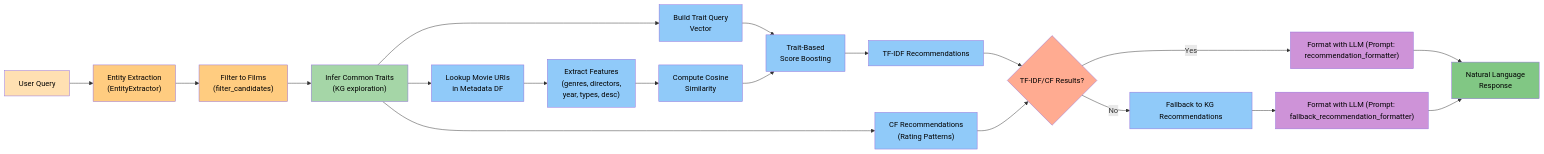
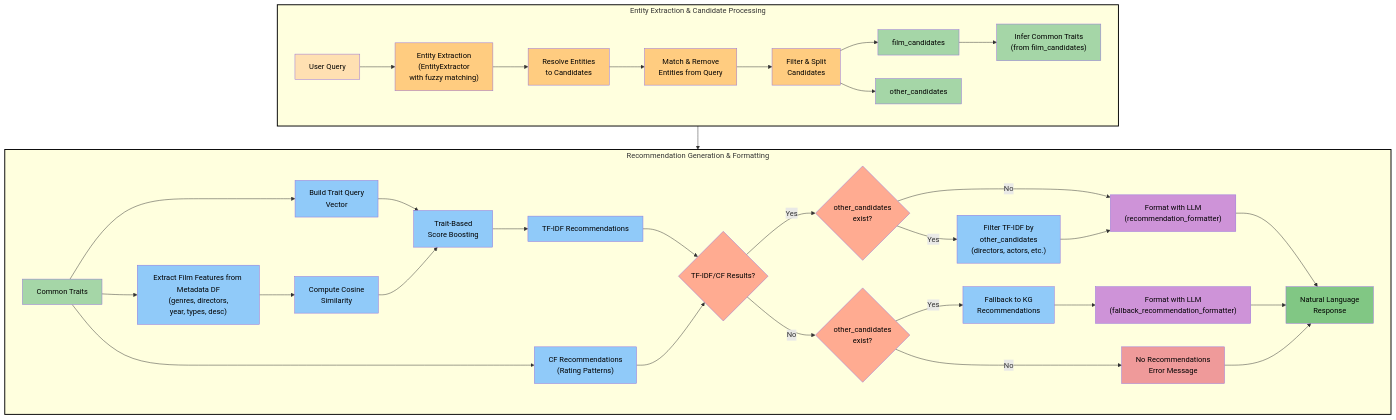
One commit to schneialexan/atai-chatbot changed the seventh of 10 diagrams in README.md. Above: the diagram before and after it, drawn with Mermaid. The commit also changed other lines of this file and 1 other file, not shown here.

Commit message:
updated graphs

````diff
--- a/README.md
+++ b/README.md
@@ -601,40 +629,66 @@
 ```mermaid
-flowchart LR
-    A["User Query"] --> B1["Entity Extraction<br>(EntityExtractor)"]
-    B1 --> B2["Filter to Films<br>(filter_candidates)"]
-    B2 --> C["Infer Common Traits<br>(KG exploration)"]
-    
-    C --> D1["Lookup Movie URIs<br>in Metadata DF"]
-    D1 --> D2["Extract Features<br>(genres, directors,<br>year, types, desc)"]
+flowchart TB
+  subgraph S1["Entity Extraction & Candidate Processing"]
+    direction LR
+    A["User Query"] --> B1["Entity Extraction<br>(EntityExtractor<br>with fuzzy matching)"]
+    B1 --> B2["Resolve Entities<br>to Candidates"]
+    B2 --> B3["Match & Remove<br>Entities from Query"]
+    B3 --> B4["Filter & Split<br>Candidates"]
+    B4 --> B5["film_candidates"] & B6["other_candidates"]
+    B5 --> C["Infer Common Traits<br>(from film_candidates)"]
+  end
+
+  S1 --> S2
+
+  subgraph S2["Recommendation Generation & Formatting"]
+    direction LR
+    C2["Common Traits"]
+    C2 --> D2["Extract Film Features from Metadata DF<br>(genres, directors,<br>year, types, desc)"]
     D2 --> D3["Compute Cosine<br>Similarity"]
-    C --> D4["Build Trait Query<br>Vector"]
+    C2 --> D4["Build Trait Query<br>Vector"]
     D4 --> D5["Trait-Based<br>Score Boosting"]
     D3 --> D5
     D5 --> D["TF-IDF Recommendations"]
-    
-    C --> E["CF Recommendations<br>(Rating Patterns)"]
+    C2 --> E["CF Recommendations<br>(Rating Patterns)"]
     D --> H{"TF-IDF/CF Results?"}
     E --> H
-    H -- Yes --> F["Format with LLM (Prompt: recommendation_formatter)"]
-    H -- No --> I["Fallback to KG Recommendations"]
-    I --> J["Format with LLM (Prompt: fallback_recommendation_formatter)"]
+    H -- Yes --> I{"other_candidates<br>exist?"}
+    H -- No --> J{"other_candidates<br>exist?"}
+    I -- Yes --> K["Filter TF-IDF by<br>other_candidates<br>(directors, actors, etc.)"]
+    I -- No --> F["Format with LLM<br>(recommendation_formatter)"]
+    K --> F
+    J -- Yes --> L["Fallback to KG<br>Recommendations"]
+    J -- No --> M["No Recommendations<br>Error Message"]
+    L --> N["Format with LLM<br>(fallback_recommendation_formatter)"]
     F --> G["Natural Language<br>Response"]
-    J --> G
-    
+    N --> G
+    M --> G
+  end
+
     style A fill:#FFE0B2,color:#000000
     style B1 fill:#FFCC80,color:#000000
     style B2 fill:#FFCC80,color:#000000
+    style B3 fill:#FFCC80,color:#000000
+    style B4 fill:#FFCC80,color:#000000
+    style B5 fill:#A5D6A7,color:#000000
+    style B6 fill:#A5D6A7,color:#000000
     style C fill:#A5D6A7,color:#000000
-    style D1 fill:#90CAF9,color:#000000
+    style C2 fill:#A5D6A7,color:#000000
     style D2 fill:#90CAF9,color:#000000
     style D3 fill:#90CAF9,color:#000000
     style D4 fill:#90CAF9,color:#000000
     style D5 fill:#90CAF9,color:#000000
     style D fill:#90CAF9,color:#000000
     style E fill:#90CAF9,color:#000000
     style H fill:#FFAB91,color:#000000
-    style I fill:#90CAF9,color:#000000
-    style J fill:#CE93D8,color:#000000
+    style I fill:#FFAB91,color:#000000
+    style J fill:#FFAB91,color:#000000
+    style K fill:#90CAF9,color:#000000
+    style L fill:#90CAF9,color:#000000
+    style M fill:#EF9A9A,color:#000000
+    style N fill:#CE93D8,color:#000000
     style F fill:#CE93D8,color:#000000
     style G fill:#81C784,color:#000000
+    style S1 stroke:#000000,stroke-width:2px
+    style S2 stroke:#000000,stroke-width:2px
 ```
````
